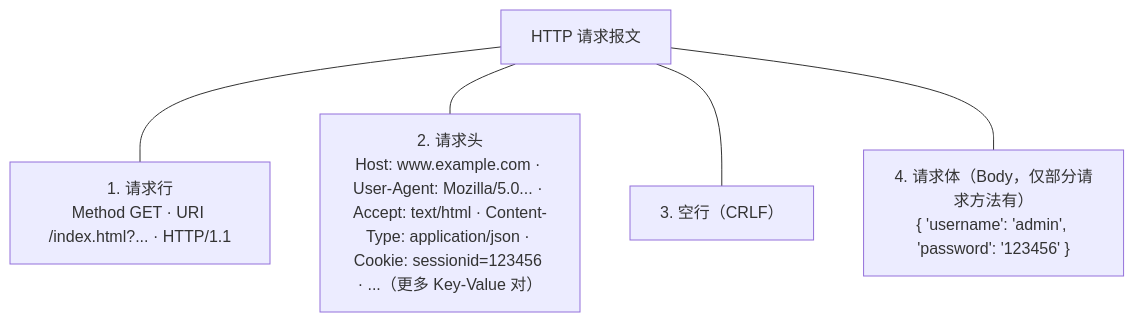
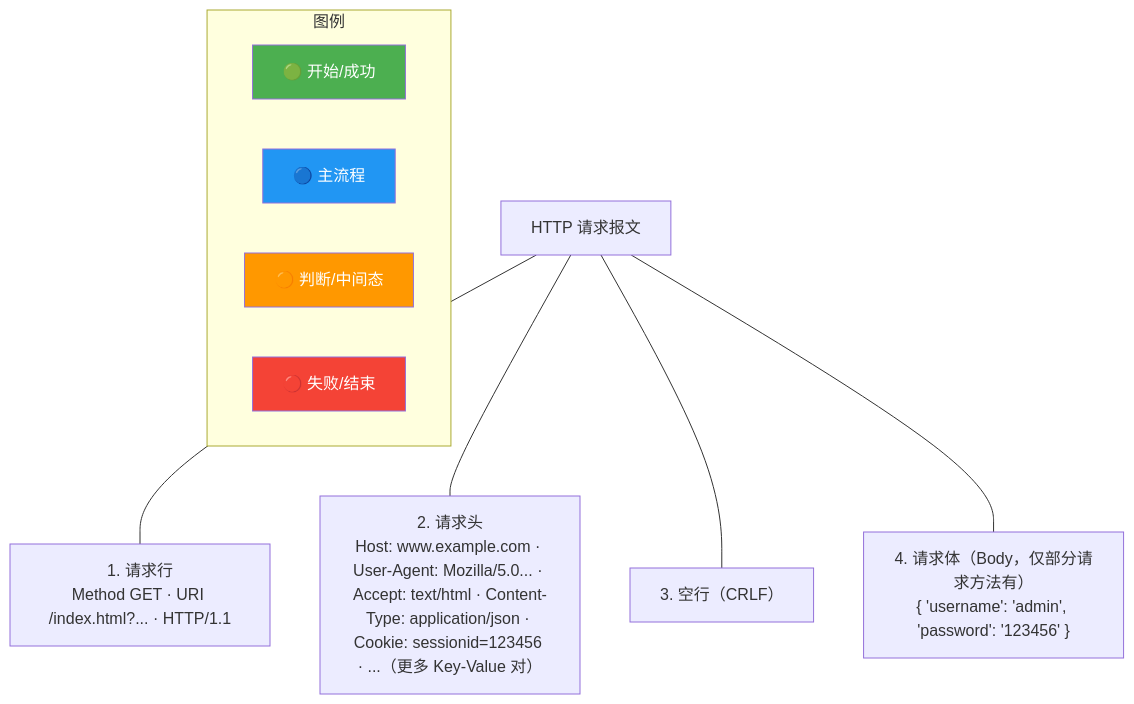
Before and after one commit to SunArthur86/interview-2026: the diagram in questions/java-core/core-066.md, drawn with Mermaid. The commit also changed other lines of this file and 3180 other files, not shown here.

First line of the commit message:
Mermaid颜色增强99% + 面试频率分类(高频1571/中频1115/低频461)

````diff
--- a/questions/java-core/core-066.md
+++ b/questions/java-core/core-066.md
@@ -58,13 +59,59 @@
 ```mermaid
 flowchart TB
+    classDef start fill:#4CAF50,color:#fff
+    classDef process fill:#2196F3,color:#fff
+    classDef decision fill:#FF9800,color:#fff
+    classDef special fill:#9C27B0,color:#fff
+    classDef error fill:#f44336,color:#fff
+    classDef info fill:#607D8B,color:#fff
+    class Accept start
+    class Agent process
+    class Body decision
+    class CRLF special
+    class Content error
+    class Cookie info
+    class GET start
+    class HTTP process
+    class Host decision
+    class Key special
+    class Method error
+    class Mozilla info
+    class Type start
+    class URI process
+    class User decision
+    class Value special
+    class admin error
+    class application info
+    class blank start
+    class body process
+    class br decision
+    class com special
+    class example error
+    class headers info
+    class html start
+    class index process
+    class json decision
+    class line special
+    class msg error
+    class password info
+    class sessionid start
+    class text process
+    class username decision
+    class www special
     msg["HTTP 请求报文"]
     line["1. 请求行<br/>Method GET · URI /index.html?... · HTTP/1.1"]
     headers["2. 请求头<br/>Host: www.example.com · User-Agent: Mozilla/5.0... · Accept: text/html · Content-Type: application/json · Cookie: sessionid=123456 · ...（更多 Key-Value 对）"]
     blank["3. 空行（CRLF）"]
     body["4. 请求体（Body，仅部分请求方法有）<br/>{ 'username': 'admin', 'password': '123456' }"]
 
     msg --- line
     msg --- headers
     msg --- blank
     msg --- body
+    subgraph Legend["图例"]
+        L1["🟢 开始/成功"]:::start
+        L2["🔵 主流程"]:::process
+        L3["🟠 判断/中间态"]:::decision
+        L4["🔴 失败/结束"]:::error
+    end
 ```
````
